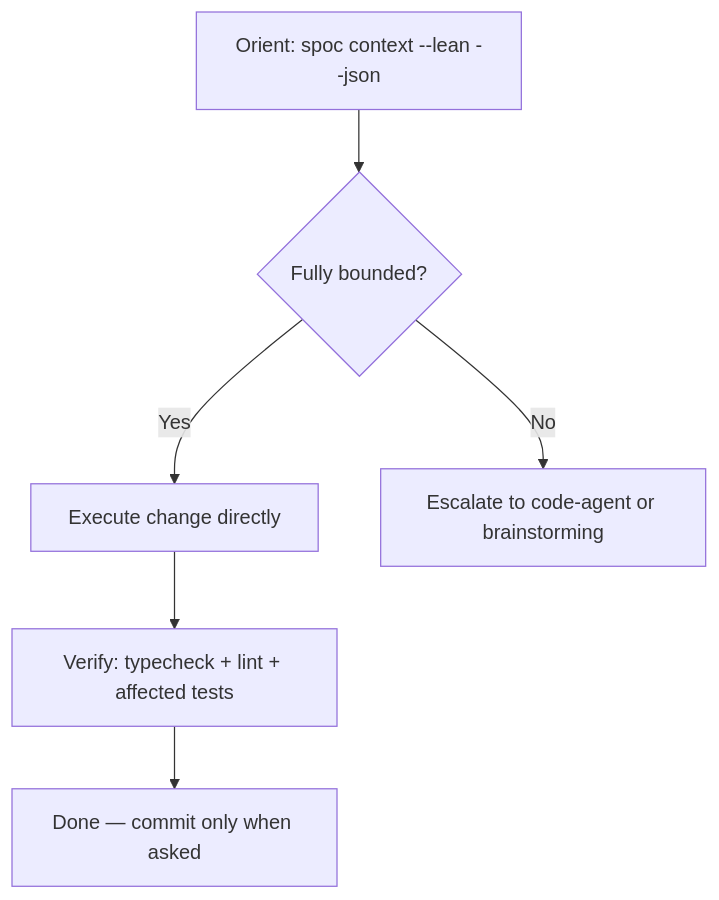
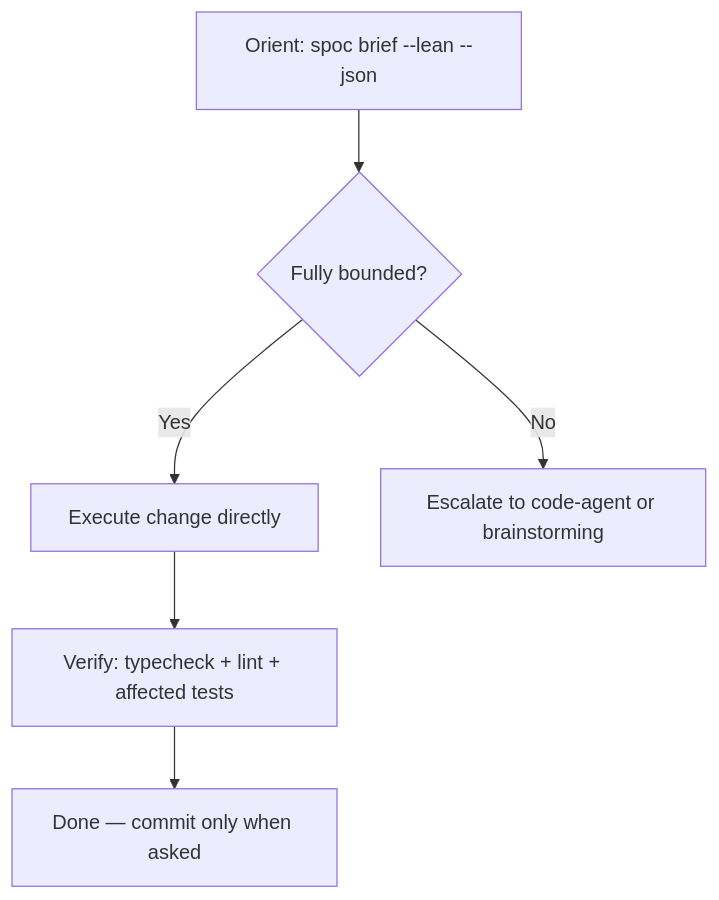
One commit to rryando/SPOC changed the diagram in opencode/spoc/skills/quick-dev/SKILL.md. Above: the diagram before and after it, drawn with Mermaid. The commit also changed 17 other files, not shown here.

First line of the commit message:
chore(prompts,skills): canonicalize spoc context invocations

````diff
--- a/opencode/spoc/skills/quick-dev/SKILL.md
+++ b/opencode/spoc/skills/quick-dev/SKILL.md
@@ -14,8 +14,8 @@
 ```mermaid
 flowchart TD
-    A[Orient: spoc context --lean --json] --> B{Fully bounded?}
+    A[Orient: spoc brief --lean --json] --> B{Fully bounded?}
     B -->|Yes| C[Execute change directly]
     B -->|No| D[Escalate to code-agent or brainstorming]
     C --> E[Verify: typecheck + lint + affected tests]
     E --> F[Done — commit only when asked]
 ```
````
